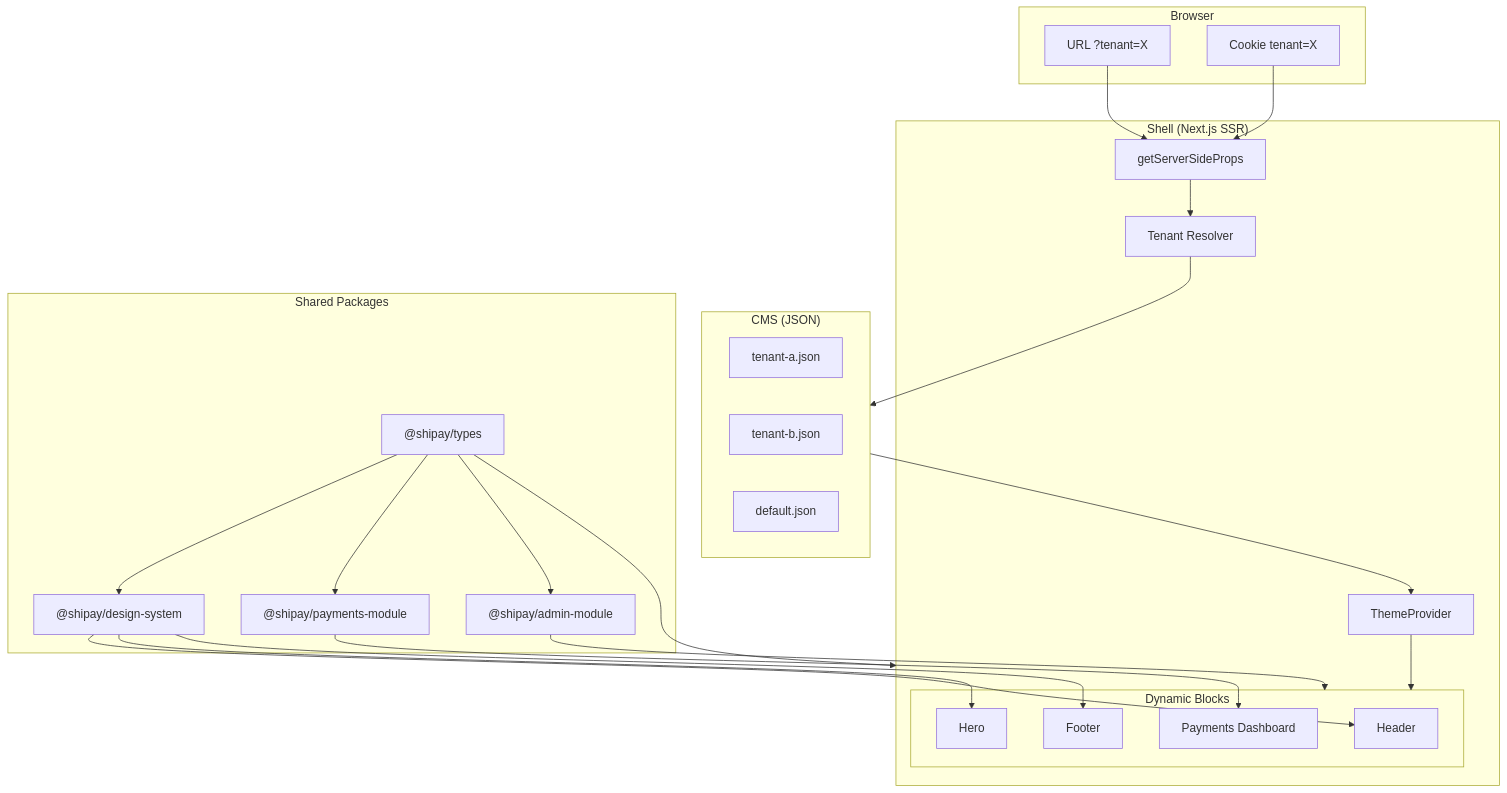
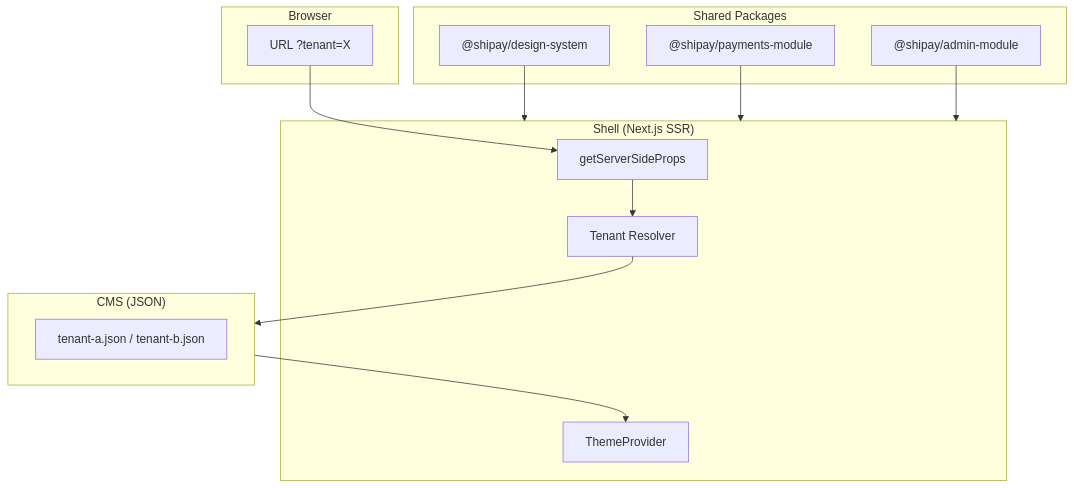
The diagram in README.md (Emanuel-Ramos/tech-challenge), drawn with Mermaid before and after one commit. The commit also changed other lines of this file and 16 other files, not shown here.

````diff
--- a/README.md
+++ b/README.md
@@ -73,50 +75,27 @@
 ```mermaid
 flowchart TB
     subgraph Browser["Browser"]
         URL["URL ?tenant=X"]
-        Cookie["Cookie tenant=X"]
     end
 
     subgraph Shell["Shell (Next.js SSR)"]
         SSR["getServerSideProps"]
         TR["Tenant Resolver"]
         TP["ThemeProvider"]
-
-        subgraph Blocks["Dynamic Blocks"]
-            Header["Header"]
-            Hero["Hero"]
-            PD["Payments Dashboard"]
-            Footer["Footer"]
-        end
     end
 
     subgraph Packages["Shared Packages"]
         DS["@shipay/design-system"]
-        Types["@shipay/types"]
         PM["@shipay/payments-module"]
         AM["@shipay/admin-module"]
     end
 
     subgraph CMS["CMS (JSON)"]
-        TA["tenant-a.json"]
-        TB["tenant-b.json"]
-        TD["default.json"]
+        Tenants["tenant-a.json / tenant-b.json"]
     end
 
-    URL --> SSR
-    Cookie --> SSR
-    SSR --> TR
-    TR --> CMS
-    CMS --> TP
-    TP --> Blocks
-
-    DS --> Header
-    DS --> Hero
-    DS --> Footer
-    PM --> PD
-    AM --> Blocks
-    Types --> DS
-    Types --> PM
-    Types --> AM
-    Types --> Shell
+    URL --> SSR --> TR --> CMS --> TP
+    DS --> Shell
+    PM --> Shell
+    AM --> Shell
 ```
````
